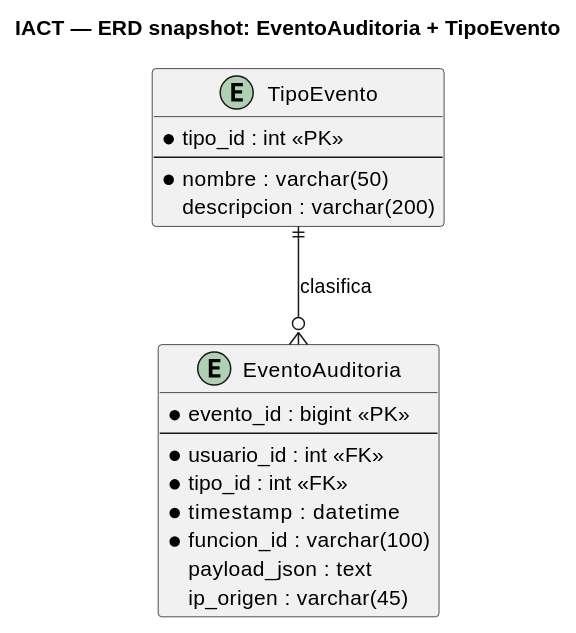
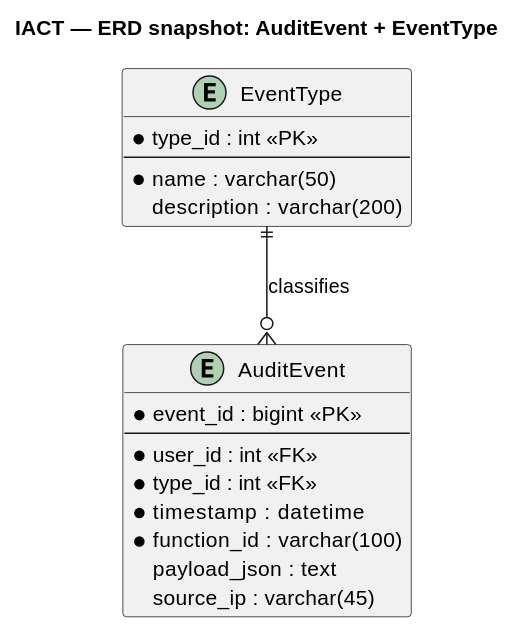
The diagram in source/requisitos/_metodologia-aplicacion/analisis-dominio/ejemplo-iact-eventoauditoria-y-tipoevento.rst (jcg-admin/IACT-docs), drawn with PlantUML before and after one commit. The commit also changed 21 other files, not shown here.

```diff
--- a/source/requisitos/_metodologia-aplicacion/analisis-dominio/ejemplo-iact-eventoauditoria-y-tipoevento.rst
+++ b/source/requisitos/_metodologia-aplicacion/analisis-dominio/ejemplo-iact-eventoauditoria-y-tipoevento.rst
@@ -10,25 +10,25 @@
 .. uml::
 
    @startuml
-   title IACT — ERD snapshot: EventoAuditoria + TipoEvento
+   title IACT — ERD snapshot: AuditEvent + EventType
 
-   entity TipoEvento {
-     * tipo_id : int <<PK>>
+   entity EventType {
+     * type_id : int <<PK>>
      --
-     * nombre : varchar(50)
-     descripcion : varchar(200)
+     * name : varchar(50)
+     description : varchar(200)
    }
 
-   entity EventoAuditoria {
-     * evento_id : bigint <<PK>>
+   entity AuditEvent {
+     * event_id : bigint <<PK>>
      --
-     * usuario_id : int <<FK>>
-     * tipo_id : int <<FK>>
+     * user_id : int <<FK>>
+     * type_id : int <<FK>>
      * timestamp : datetime
-     * funcion_id : varchar(100)
+     * function_id : varchar(100)
      payload_json : text
-     ip_origen : varchar(45)
+     source_ip : varchar(45)
    }
 
-   TipoEvento ||--o{ EventoAuditoria : clasifica
+   EventType ||--o{ AuditEvent : classifies
    @enduml
```
